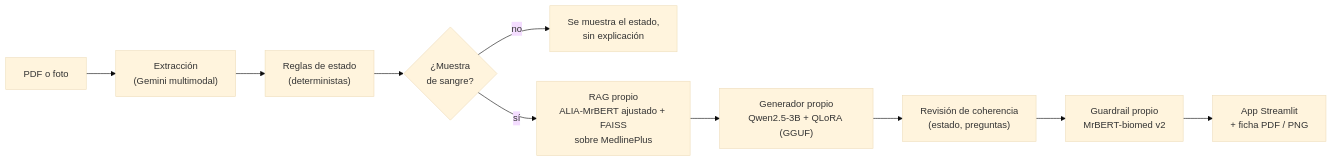
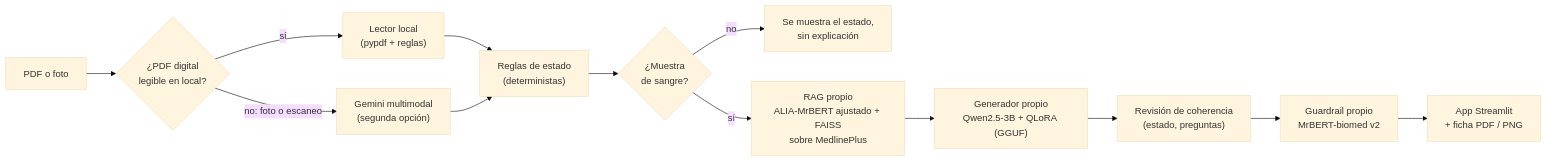
Before and after one commit to Valero25/Proyecto_LaLetraDeMedico: the diagram in README.md, drawn with Mermaid (base theme). The commit also changed other lines of this file and 7 other files, not shown here.

First line of the commit message:
feat: lectura local de PDFs digitales, sin Gemini en el motor principal

````diff
--- a/README.md
+++ b/README.md
@@ -31,12 +33,15 @@
 ```mermaid
 flowchart LR
-    A[PDF o foto] --> B["Extracción<br/>(Gemini multimodal)"]
-    B --> C["Reglas de estado<br/>(deterministas)"]
+    A[PDF o foto] --> L{"¿PDF digital<br/>legible en local?"}
+    L -- sí --> B1["Lector local<br/>(pypdf + reglas)"]
+    L -- "no: foto o escaneo" --> B2["Gemini multimodal<br/>(segunda opción)"]
+    B1 --> C["Reglas de estado<br/>(deterministas)"]
+    B2 --> C
     C --> D{"¿Muestra<br/>de sangre?"}
     D -- no --> X[Se muestra el estado,<br/>sin explicación]
     D -- sí --> E["RAG propio<br/>ALIA-MrBERT ajustado + FAISS<br/>sobre MedlinePlus"]
     E --> F["Generador propio<br/>Qwen2.5-3B + QLoRA (GGUF)"]
     F --> G["Revisión de coherencia<br/>(estado, preguntas)"]
     G --> H["Guardrail propio<br/>MrBERT-biomed v2"]
     H --> I[App Streamlit<br/>+ ficha PDF / PNG]
 ```
````
